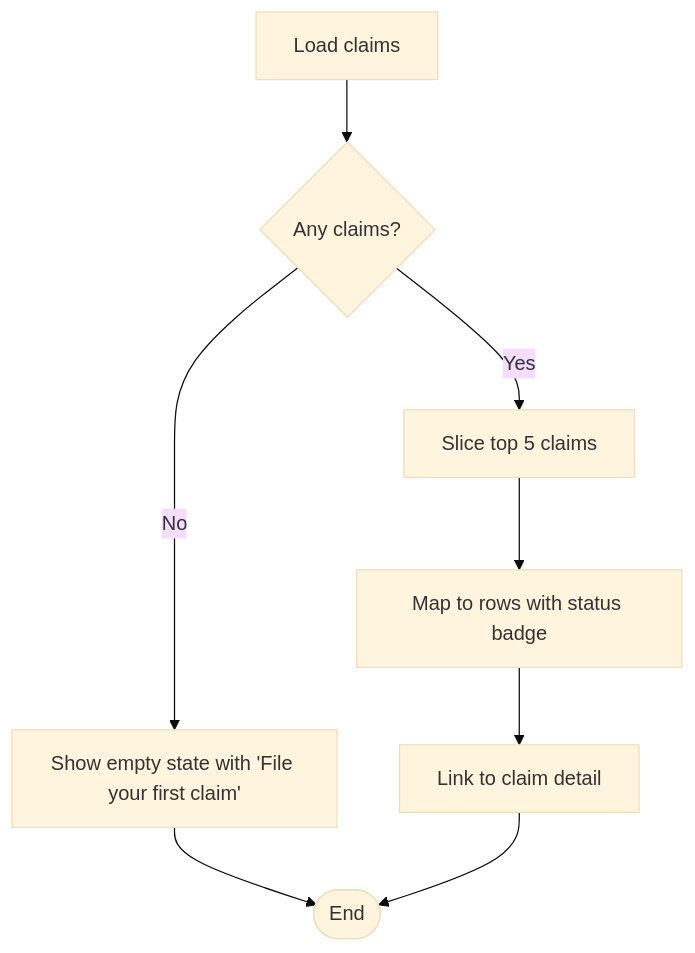
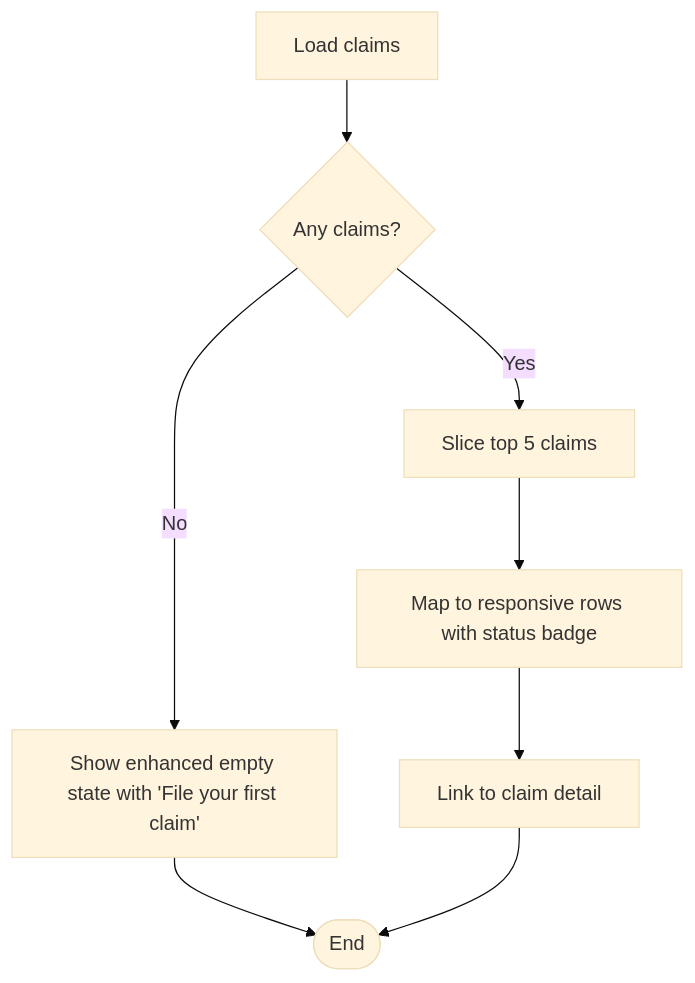
Before and after one commit to NaveenHiranya/Smart-Vehicle-Insurance-Claim-System: the fourth of 5 diagrams in .qoder/repowiki/en/content/Frontend Documentation/Pages and Views/User Pages/Dashboard Page.md, drawn with Mermaid (base theme). The commit also changed other lines of this file and 35 other files, not shown here.

````diff
--- a/.qoder/repowiki/en/content/Frontend Documentation/Pages and Views/User Pages/Dashboard Page.md
+++ b/.qoder/repowiki/en/content/Frontend Documentation/Pages and Views/User Pages/Dashboard Page.md
@@ -162,10 +171,10 @@
 ```mermaid
 flowchart TD
 LoadClaims["Load claims"] --> HasClaims{"Any claims?"}
-HasClaims --> |No| Empty["Show empty state with 'File your first claim'"]
+HasClaims --> |No| Empty["Show enhanced empty state with 'File your first claim'"]
 HasClaims --> |Yes| Slice["Slice top 5 claims"]
-Slice --> Map["Map to rows with status badge"]
+Slice --> Map["Map to responsive rows with status badge"]
 Map --> Nav["Link to claim detail"]
 Empty --> End(["End"])
 Nav --> End
 ```
````
